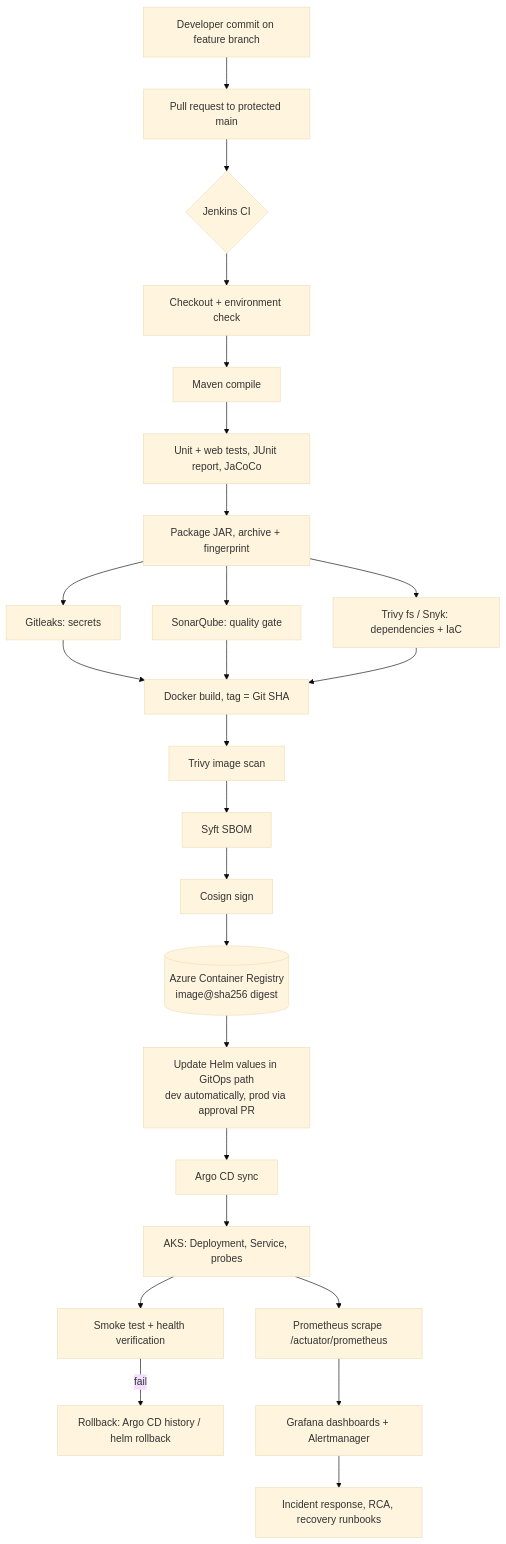
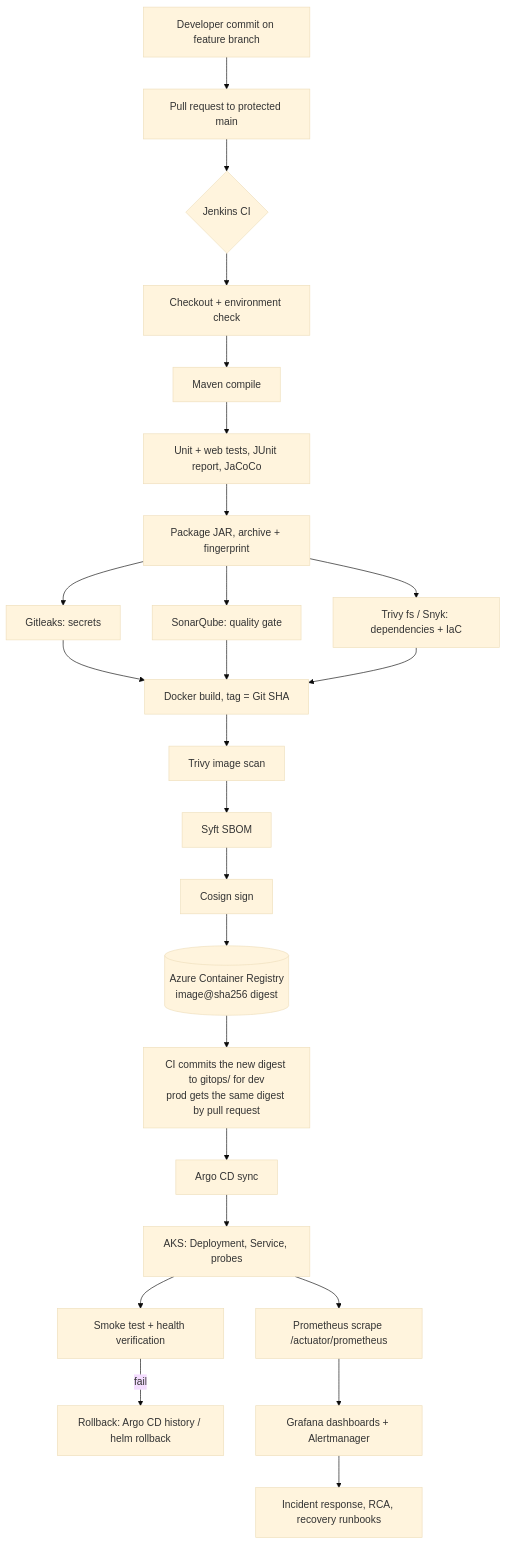
One commit to gunasekar89/enterprise-devops-pipeline changed the first of 2 diagrams in docs/architecture/overview.md. Above: the diagram before and after it, drawn with Mermaid (base theme). The commit also changed other lines of this file and 9 other files, not shown here.

First line of the commit message:
docs: align architecture with the approved reference design

````diff
--- a/docs/architecture/overview.md
+++ b/docs/architecture/overview.md
@@ -19,25 +44,25 @@
 ```mermaid
 flowchart TD
     A[Developer commit on feature branch] --> B[Pull request to protected main]
     B --> C{Jenkins CI}
     C --> C1[Checkout + environment check]
     C1 --> C2[Maven compile]
     C2 --> C3[Unit + web tests, JUnit report, JaCoCo]
     C3 --> C4[Package JAR, archive + fingerprint]
     C4 --> D1[Gitleaks: secrets]
     C4 --> D2[SonarQube: quality gate]
     C4 --> D3[Trivy fs / Snyk: dependencies + IaC]
     D1 & D2 & D3 --> E[Docker build, tag = Git SHA]
     E --> E1[Trivy image scan]
     E1 --> E2[Syft SBOM]
     E2 --> E3[Cosign sign]
     E3 --> F[(Azure Container Registry<br/>image@sha256 digest)]
-    F --> G[Update Helm values in GitOps path<br/>dev automatically, prod via approval PR]
+    F --> G[CI commits the new digest to gitops/ for dev<br/>prod gets the same digest by pull request]
     G --> H[Argo CD sync]
     H --> I[AKS: Deployment, Service, probes]
     I --> J[Smoke test + health verification]
     J -->|fail| K[Rollback: Argo CD history / helm rollback]
     I --> L[Prometheus scrape /actuator/prometheus]
     L --> M[Grafana dashboards + Alertmanager]
     M --> N[Incident response, RCA, recovery runbooks]
 ```
````
